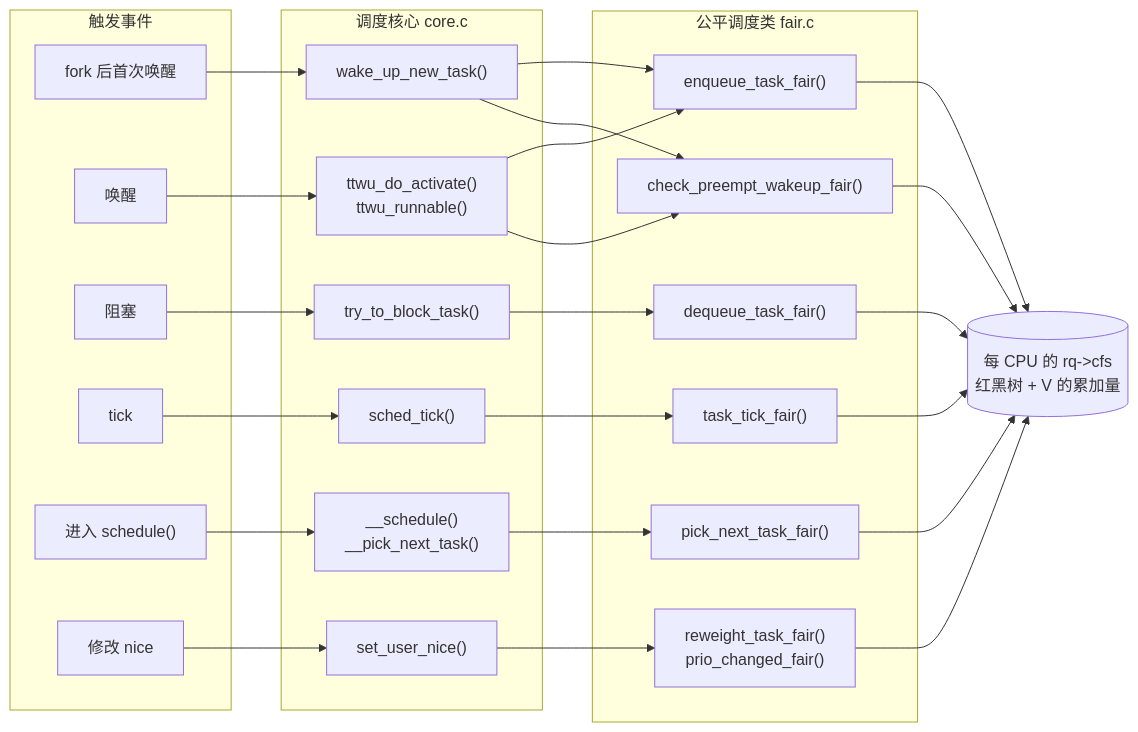
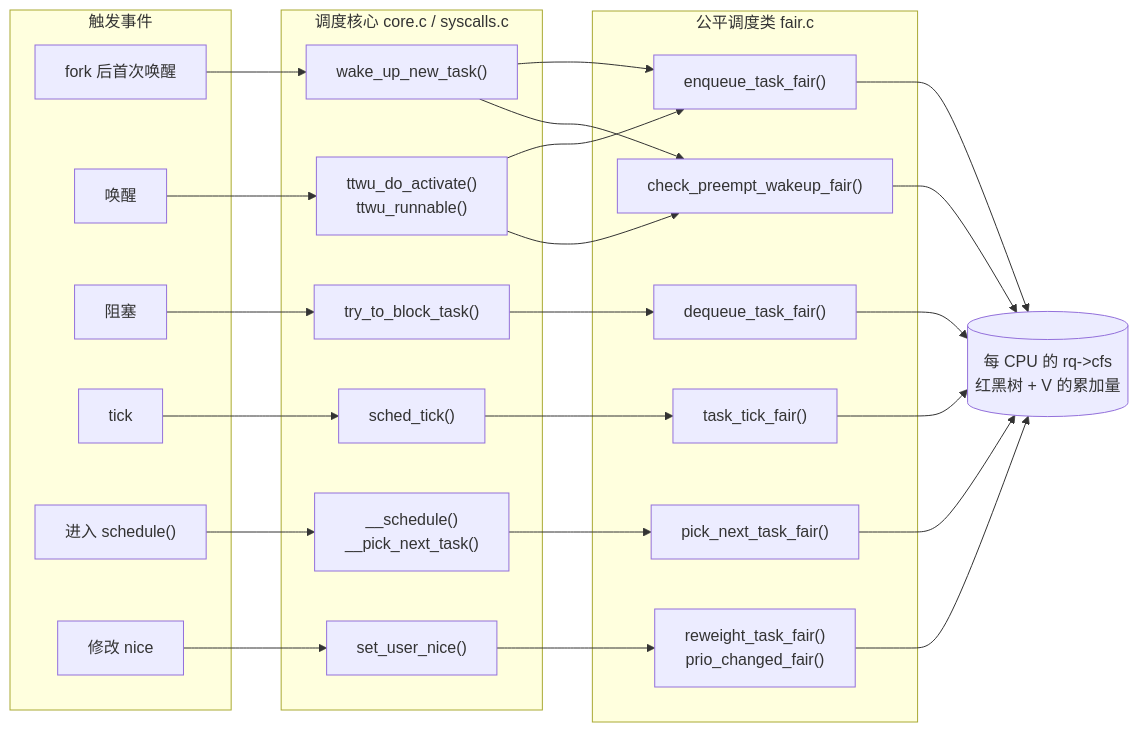
One commit to linuxperf/linux-study changed the first of 4 diagrams in book/sched/cfs.md. Above: the diagram before and after it, drawn with Mermaid. The commit also changed other lines of this file and 3 other files, not shown here.

````diff
--- a/book/sched/cfs.md
+++ b/book/sched/cfs.md
@@ -102,45 +102,45 @@
 ```mermaid
 flowchart LR
     subgraph EV["触发事件"]
         F["fork 后首次唤醒"]
         W["唤醒"]
         B["阻塞"]
         T["tick"]
         S["进入 schedule()"]
         N["修改 nice"]
     end
-    subgraph CORE["调度核心 core.c"]
+    subgraph CORE["调度核心 core.c / syscalls.c"]
         WN["wake_up_new_task()"]
         TT["ttwu_do_activate()<br/>ttwu_runnable()"]
         BT["try_to_block_task()"]
         ST["sched_tick()"]
         PN["__schedule()<br/>__pick_next_task()"]
         SC["set_user_nice()"]
     end
     subgraph FAIR["公平调度类 fair.c"]
         EQ["enqueue_task_fair()"]
         WP["check_preempt_wakeup_fair()"]
         DQ["dequeue_task_fair()"]
         TK["task_tick_fair()"]
         PK["pick_next_task_fair()"]
         RW["reweight_task_fair()<br/>prio_changed_fair()"]
     end
     DS[("每 CPU 的 rq->cfs<br/>红黑树 + V 的累加量")]
 
     F --> WN
     WN --> EQ
     WN --> WP
     W --> TT
     TT --> EQ
     TT --> WP
     B --> BT --> DQ
     T --> ST --> TK
     S --> PN --> PK
     N --> SC --> RW
     EQ --> DS
     DQ --> DS
     TK --> DS
     PK --> DS
     RW --> DS
     WP --> DS
 ```
````
